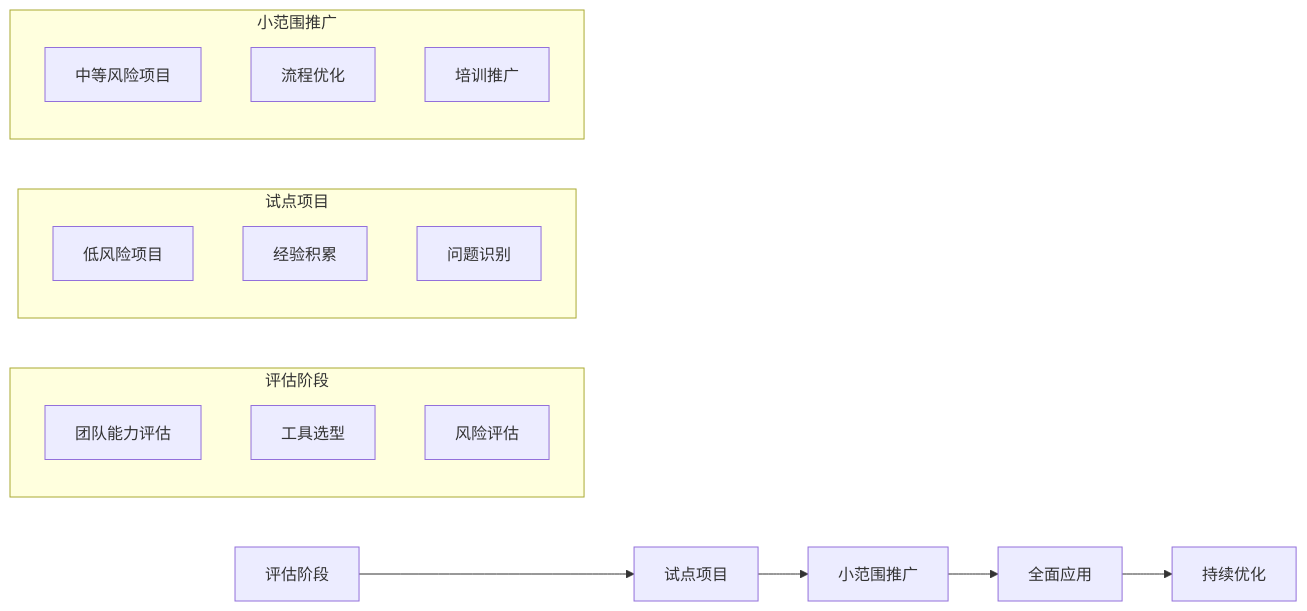
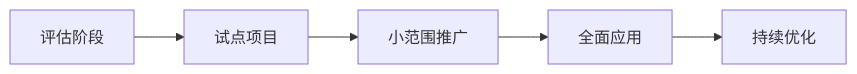
Before and after one commit to imleoo/claude-code-in-teams: the second of 2 diagrams in part5/chapter11.md, drawn with Mermaid. The commit also changed other lines of this file and 2 other files, not shown here.

````diff
--- a/part5/chapter11.md
+++ b/part5/chapter11.md
@@ -262,25 +87,7 @@
 ```mermaid
 graph LR
     A[评估阶段] --> B[试点项目]
     B --> C[小范围推广]
     C --> D[全面应用]
     D --> E[持续优化]
-    
-    subgraph "评估阶段"
-        A1[团队能力评估]
-        A2[工具选型]
-        A3[风险评估]
-    end
-    
-    subgraph "试点项目"
-        B1[低风险项目]
-        B2[经验积累]
-        B3[问题识别]
-    end
-    
-    subgraph "小范围推广"
-        C1[中等风险项目]
-        C2[流程优化]
-        C3[培训推广]
-    end
 ```
````
